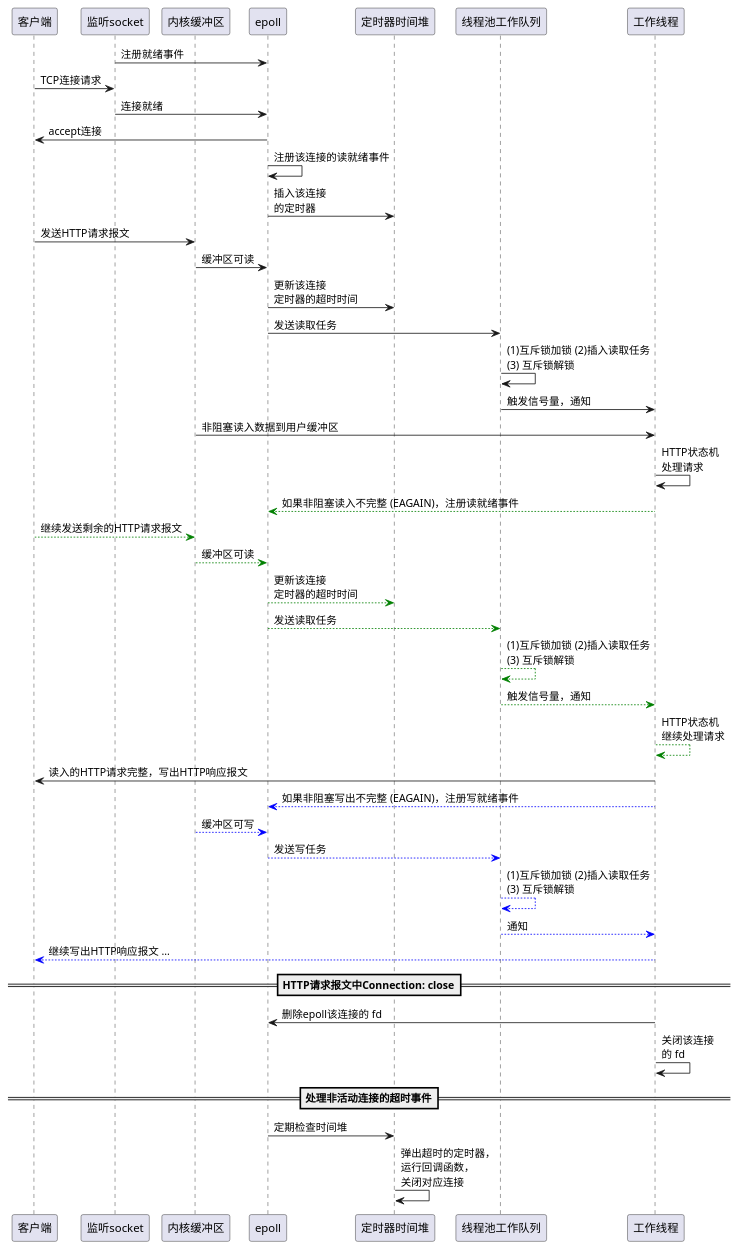
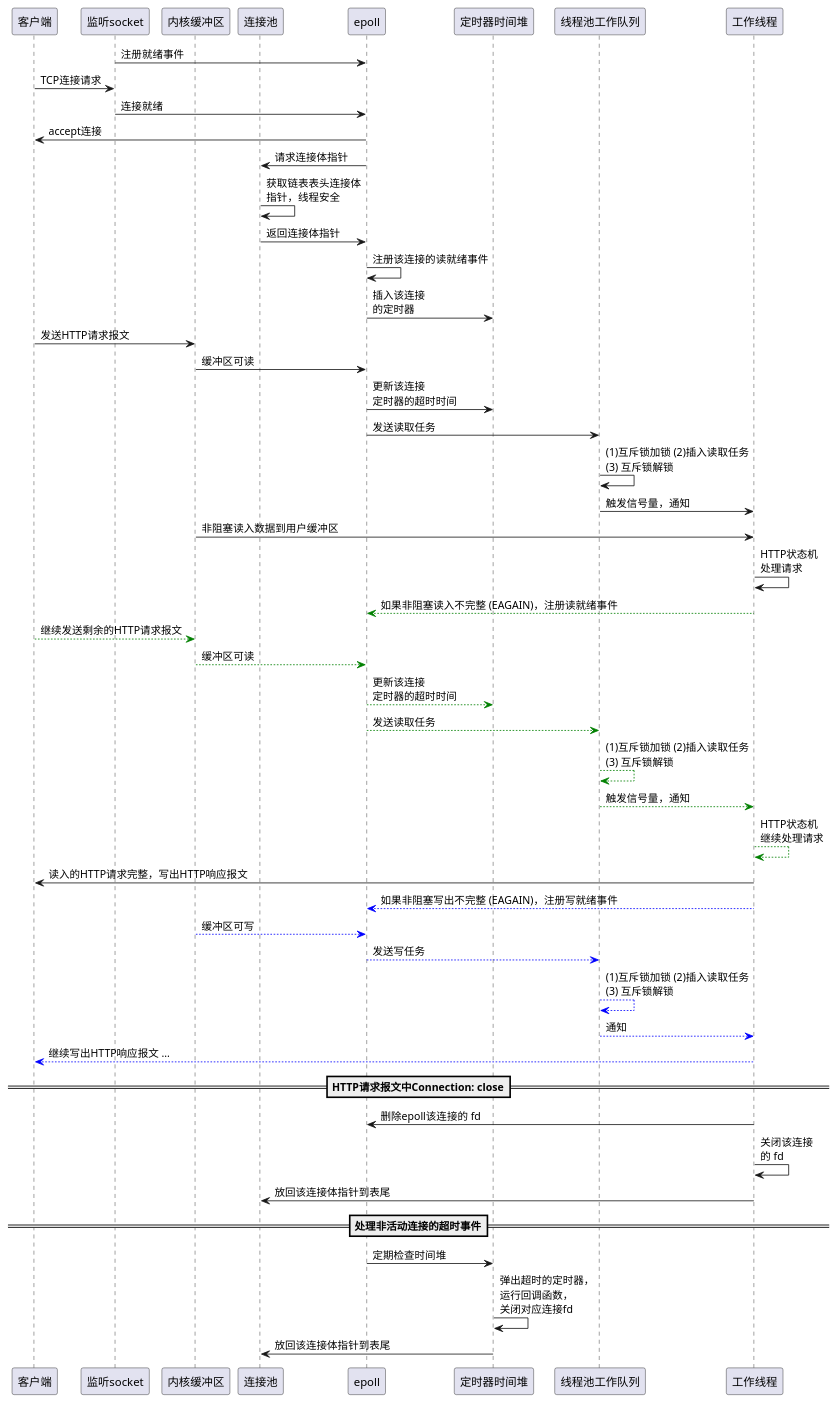
Before and after one commit to Natureal/Pink_server: the diagram in plantuml/workflow.wsd, drawn with PlantUML. The commit also changed 1 other file, not shown here.

```diff
--- a/plantuml/workflow.wsd
+++ b/plantuml/workflow.wsd
@@ -1,87 +1,99 @@
 @startuml
 
 participant 客户端
 
 participant 监听socket
 
 participant 内核缓冲区
+
+participant 连接池
 
 participant epoll
 
 participant 定时器时间堆
 
 participant 线程池工作队列
 
 participant 工作线程
 
 监听socket -> epoll : 注册就绪事件
 
 客户端 -> 监听socket : TCP连接请求
 
 监听socket -> epoll : 连接就绪
 
 epoll -> 客户端 : accept连接
+
+epoll -> 连接池 : 请求连接体指针
+
+连接池 -> 连接池 : 获取链表表头连接体\n指针，线程安全
+
+连接池 -> epoll : 返回连接体指针
 
 epoll -> epoll : 注册该连接的读就绪事件
 
 epoll -> 定时器时间堆 : 插入该连接\n的定时器
 
 客户端 -> 内核缓冲区 : 发送HTTP请求报文
 
 内核缓冲区 -> epoll : 缓冲区可读
 
 epoll -> 定时器时间堆 : 更新该连接\n定时器的超时时间
 
 epoll -> 线程池工作队列 : 发送读取任务
 
 线程池工作队列 -> 线程池工作队列 : (1)互斥锁加锁 (2)插入读取任务\n(3) 互斥锁解锁
 
 线程池工作队列 -> 工作线程 : 触发信号量，通知
 
 内核缓冲区 -> 工作线程: 非阻塞读入数据到用户缓冲区
 
 工作线程 -> 工作线程 : HTTP状态机\n处理请求
 
 工作线程 --[#green]> epoll : 如果非阻塞读入不完整 (EAGAIN)，注册读就绪事件
 
 客户端 --[#green]> 内核缓冲区 : 继续发送剩余的HTTP请求报文
 
 内核缓冲区 --[#green]> epoll : 缓冲区可读
 
 epoll --[#green]> 定时器时间堆 : 更新该连接\n定时器的超时时间
 
 epoll --[#green]> 线程池工作队列 : 发送读取任务
 
 线程池工作队列 --[#green]> 线程池工作队列 : (1)互斥锁加锁 (2)插入读取任务\n(3) 互斥锁解锁
 
 线程池工作队列 --[#green]> 工作线程 : 触发信号量，通知
 
 工作线程 --[#green]> 工作线程 : HTTP状态机\n继续处理请求
 
 工作线程 -> 客户端 : 读入的HTTP请求完整，写出HTTP响应报文
 
 工作线程 --[#blue]> epoll : 如果非阻塞写出不完整 (EAGAIN)，注册写就绪事件
 
 内核缓冲区 --[#blue]> epoll : 缓冲区可写
 
 epoll --[#blue]> 线程池工作队列 : 发送写任务
 
 线程池工作队列 --[#blue]> 线程池工作队列 : (1)互斥锁加锁 (2)插入读取任务\n(3) 互斥锁解锁
 
 线程池工作队列 --[#blue]> 工作线程 : 通知
 
 工作线程 --[#blue]> 客户端 : 继续写出HTTP响应报文 ...
 
 ==HTTP请求报文中Connection: close==
 
 工作线程 -> epoll : 删除epoll该连接的 fd
 
 工作线程 -> 工作线程 : 关闭该连接\n的 fd
 
+工作线程 -> 连接池 : 放回该连接体指针到表尾
+
 ==处理非活动连接的超时事件==
 
 epoll -> 定时器时间堆 : 定期检查时间堆
 
-定时器时间堆 -> 定时器时间堆 : 弹出超时的定时器，\n运行回调函数，\n关闭对应连接
+定时器时间堆 -> 定时器时间堆 : 弹出超时的定时器，\n运行回调函数，\n关闭对应连接fd
+
+定时器时间堆 -> 连接池 : 放回该连接体指针到表尾
 
 @enduml
```
